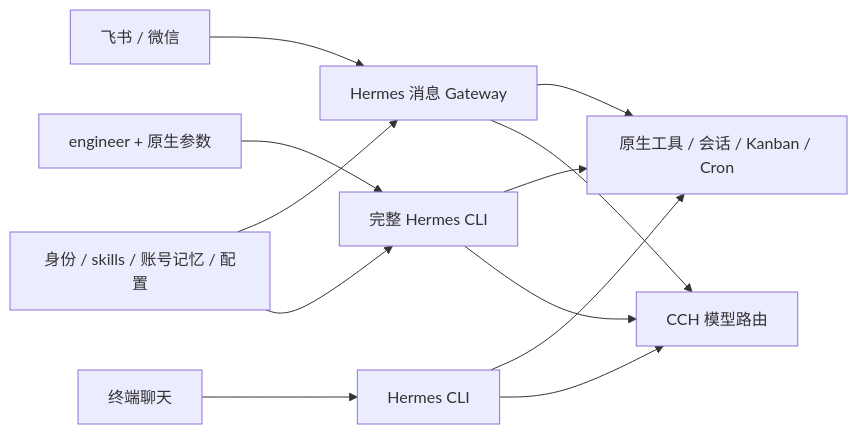
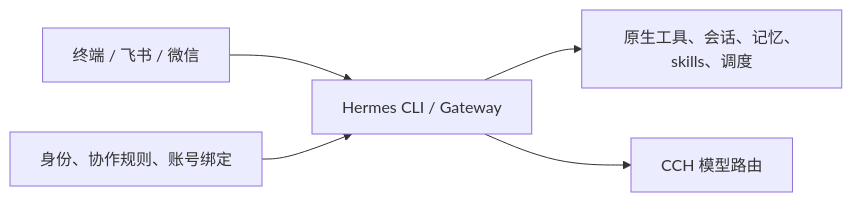
One commit to Ceng-0324/MIKASA changed the diagram in docs/architecture/README.md. Above: the diagram before and after it, drawn with Mermaid. The commit also changed other lines of this file and 20 other files, not shown here.

````diff
--- a/docs/architecture/README.md
+++ b/docs/architecture/README.md
@@ -5,14 +5,7 @@
 ```mermaid
 flowchart LR
-    Messaging[飞书 / 微信] --> Gateway[Hermes 消息 Gateway]
-    Chat[终端聊天] --> NativeChat[Hermes CLI]
-    Engineer[engineer + 原生参数] --> CLI[完整 Hermes CLI]
-    CLI --> Tools[原生工具 / 会话 / Kanban / Cron]
-    Gateway --> Tools
-    NativeChat --> Tools
-    Gateway --> CCH[CCH 模型路由]
-    NativeChat --> CCH
-    CLI --> CCH
-    Mikasa[身份 / skills / 账号记忆 / 配置] --> Gateway
-    Mikasa --> CLI
+    User[终端 / 飞书 / 微信] --> Hermes[Hermes CLI / Gateway]
+    Hermes --> Tools[原生工具、会话、记忆、skills、调度]
+    Hermes --> CCH[CCH 模型路由]
+    Mikasa[身份、协作规则、账号绑定] --> Hermes
 ```
````
